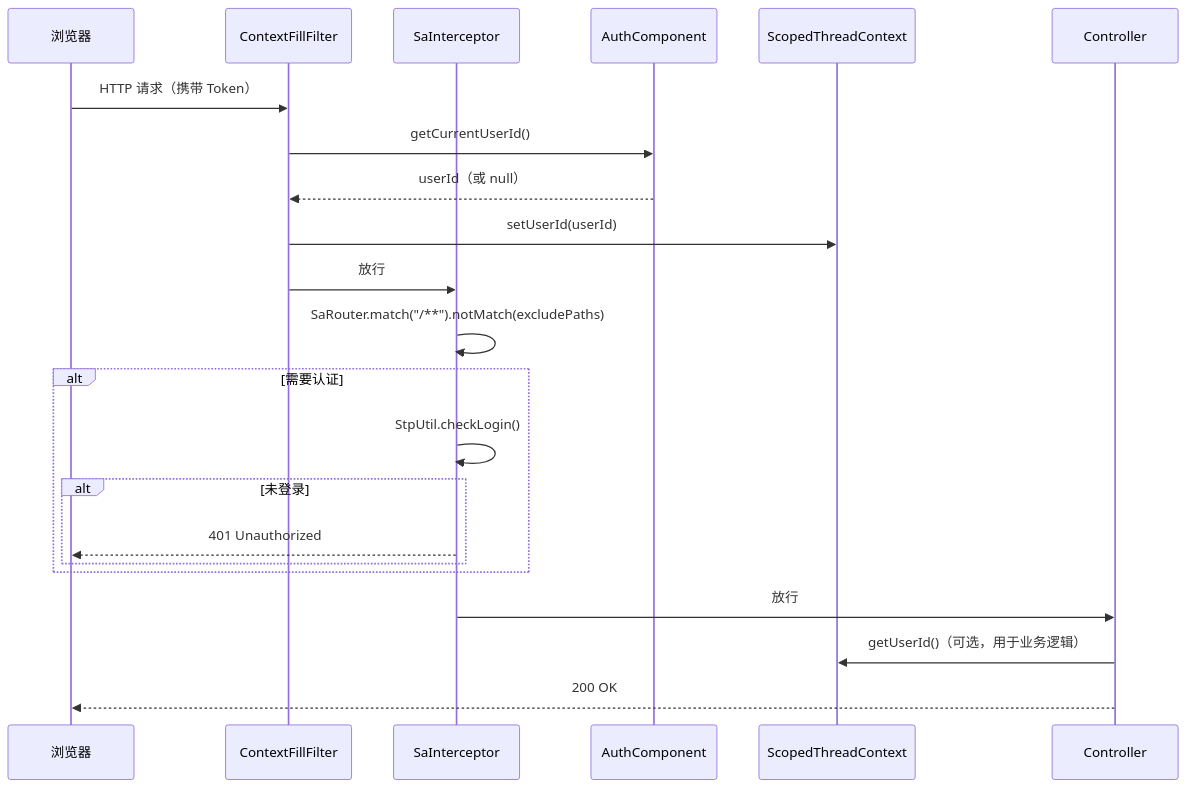
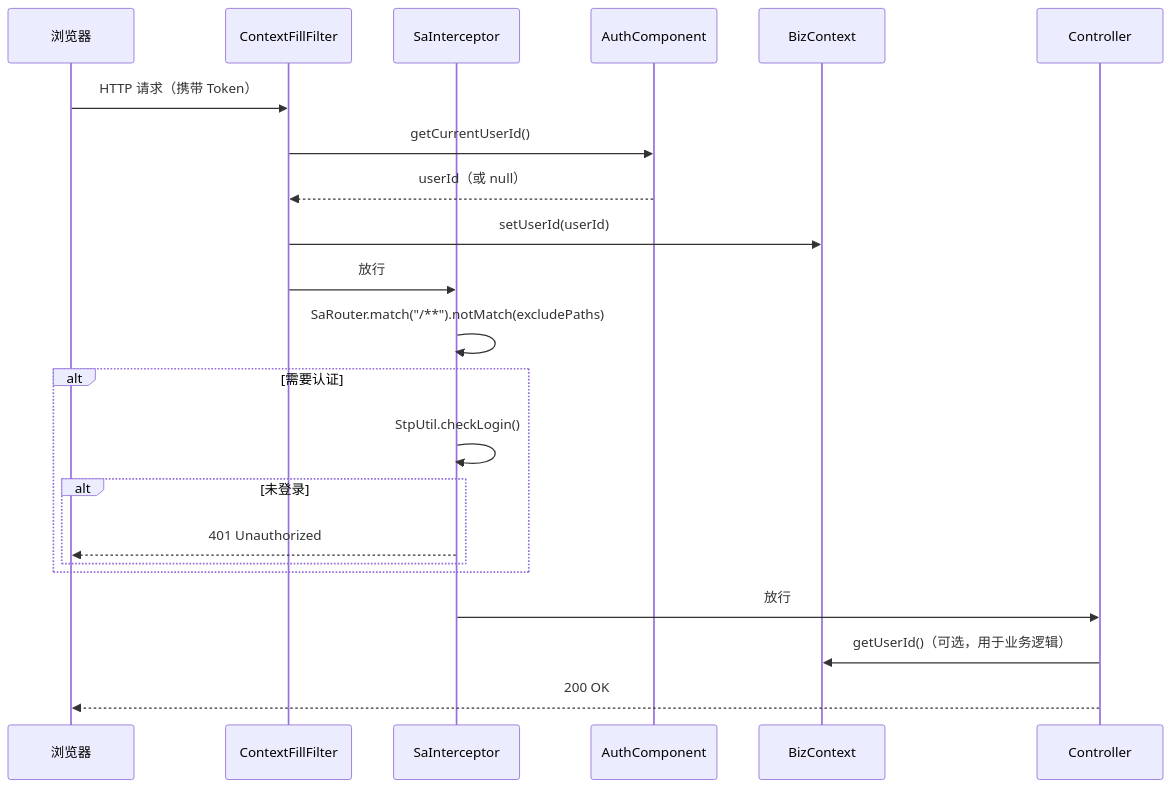
One commit to LeoNardo-LB/web-quick-start-light changed the third of 3 diagrams in docs/modules/component-auth.md. Above: the diagram before and after it, drawn with Mermaid. The commit also changed other lines of this file and 26 other files, not shown here.

First line of the commit message:
docs: 修复 27 个文件的大规模文档漂移（ScopedThreadContext→BizContext、Micrometer→OTel、middleware→component）

````diff
--- a/docs/modules/component-auth.md
+++ b/docs/modules/component-auth.md
@@ -123,27 +123,27 @@
 ```mermaid
 sequenceDiagram
     participant Browser as 浏览器
     participant Filter as ContextFillFilter
     participant Interceptor as SaInterceptor
     participant AuthComponent as AuthComponent
-    participant Context as ScopedThreadContext
+    participant Context as BizContext
     participant Controller as Controller
 
     Browser->>Filter: HTTP 请求（携带 Token）
     Filter->>AuthComponent: getCurrentUserId()
     AuthComponent-->>Filter: userId（或 null）
     Filter->>Context: setUserId(userId)
     Filter->>Interceptor: 放行
 
     Interceptor->>Interceptor: SaRouter.match("/**").notMatch(excludePaths)
     alt 需要认证
         Interceptor->>Interceptor: StpUtil.checkLogin()
         alt 未登录
             Interceptor-->>Browser: 401 Unauthorized
         end
     end
 
     Interceptor->>Controller: 放行
     Controller->>Context: getUserId()（可选，用于业务逻辑）
     Controller-->>Browser: 200 OK
 ```
````
